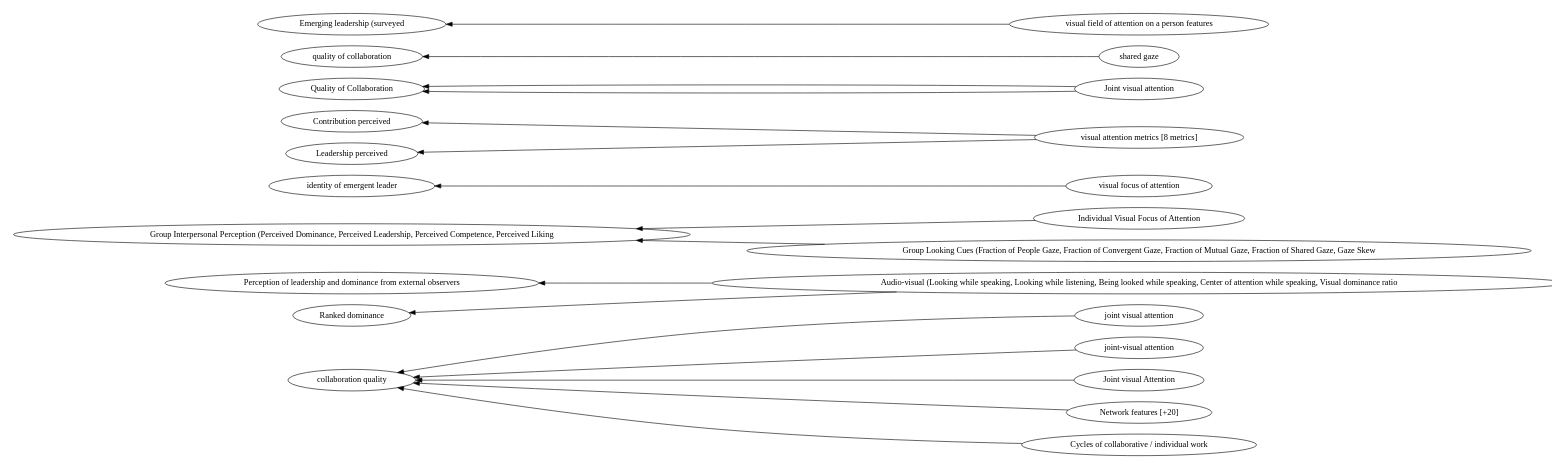
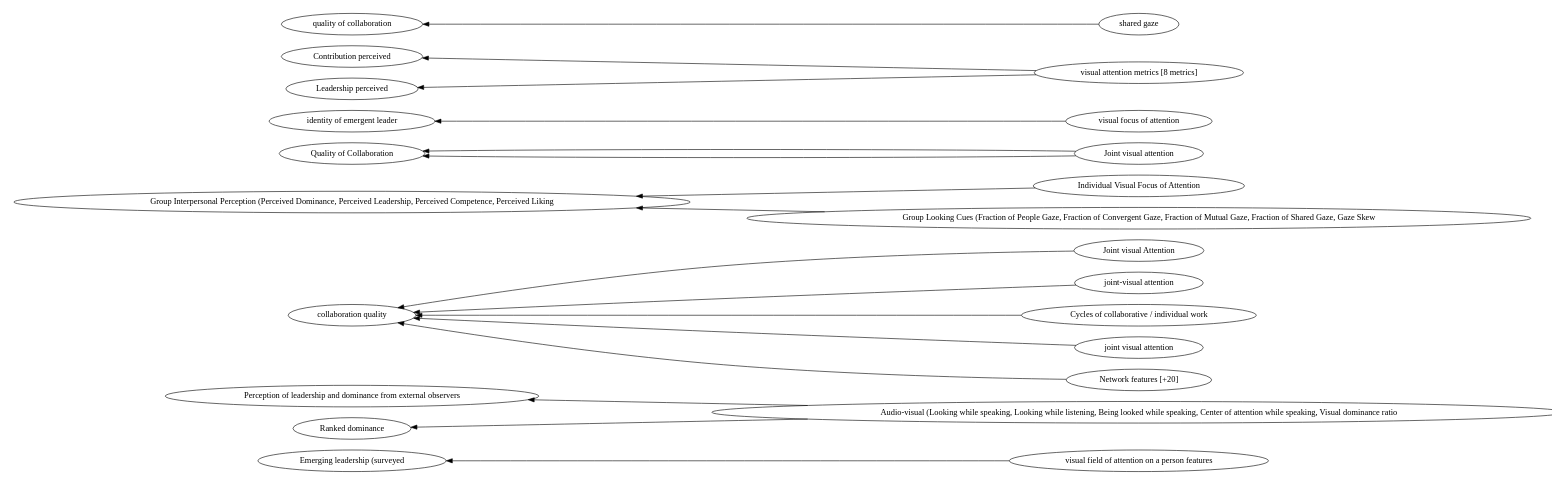
One commit to hgse-schneider/mmca changed the diagram in graphviz/Gaze -> interpersonal.gv. Above: the diagram before and after it, drawn with Graphviz. The commit also changed 174 other files, not shown here.

```diff
--- a/graphviz/Gaze -> interpersonal.gv
+++ b/graphviz/Gaze -> interpersonal.gv
@@ -1,40 +1,40 @@
 digraph Test {
 	rankdir=RL
 	size="15,15"
 	overlap=false
 	splines=true
-	{rank=same; "joint visual attention" "Audio-visual (Looking while speaking, Looking while listening, Being looked while speaking, Center of attention while speaking, Visual dominance ratio" "Individual Visual Focus of Attention" "visual focus of attention" "joint-visual attention" "visual attention metrics [8 metrics]" "Joint visual attention" "Joint visual Attention" "Network features [+20]" "Group Looking Cues (Fraction of People Gaze, Fraction of Convergent Gaze, Fraction of Mutual Gaze, Fraction of Shared Gaze, Gaze Skew" "shared gaze" "Cycles of collaborative / individual work" "visual field of attention on a person features";}
-	{rank=same; "identity of emergent leader" "Perception of leadership and dominance from external observers" "Quality of Collaboration" "Ranked dominance" "Group Interpersonal Perception (Perceived Dominance, Perceived Leadership, Perceived Competence, Perceived Liking" "Contribution perceived" "Emerging leadership (surveyed" "collaboration quality" "quality of collaboration" "Leadership perceived";}
-	"visual attention metrics [8 metrics]" [href="https://scholar.google.com/scholar?hl=en&q=An%20Interactive%20Table%20for%20Supporting%20Participation%20Balance%20in%20Face-to-Face%20Collaborative%20Learning"]
+	{rank=same; "visual field of attention on a person features" "Audio-visual (Looking while speaking, Looking while listening, Being looked while speaking, Center of attention while speaking, Visual dominance ratio" "Joint visual Attention" "joint-visual attention" "Individual Visual Focus of Attention" "Joint visual attention" "Cycles of collaborative / individual work" "visual focus of attention" "visual attention metrics [8 metrics]" "joint visual attention" "Network features [+20]" "shared gaze" "Group Looking Cues (Fraction of People Gaze, Fraction of Convergent Gaze, Fraction of Mutual Gaze, Fraction of Shared Gaze, Gaze Skew";}
+	{rank=same; "Contribution perceived" "quality of collaboration" "identity of emergent leader" "Emerging leadership (surveyed" "Perception of leadership and dominance from external observers" "Leadership perceived" "Ranked dominance" "collaboration quality" "Group Interpersonal Perception (Perceived Dominance, Perceived Leadership, Perceived Competence, Perceived Liking" "Quality of Collaboration";}
+	"visual attention metrics [8 metrics]" [href="https://scholar.google.com/scholar?hl=en&q=A%20Multimodal-Sensor-Enabled%20Room%20for%20Unobtrusive%20Group%20Meeting%20Analysis"]
 	"visual attention metrics [8 metrics]" -> "Leadership perceived"
-	"visual attention metrics [8 metrics]" [href="https://scholar.google.com/scholar?hl=en&q=An%20Interactive%20Table%20for%20Supporting%20Participation%20Balance%20in%20Face-to-Face%20Collaborative%20Learning"]
+	"visual attention metrics [8 metrics]" [href="https://scholar.google.com/scholar?hl=en&q=A%20Multimodal-Sensor-Enabled%20Room%20for%20Unobtrusive%20Group%20Meeting%20Analysis"]
 	"visual attention metrics [8 metrics]" -> "Contribution perceived"
-	"Individual Visual Focus of Attention" [href="https://scholar.google.com/scholar?hl=en&q=An%20Interactive%20Table%20for%20Supporting%20Participation%20Balance%20in%20Face-to-Face%20Collaborative%20Learning"]
+	"Individual Visual Focus of Attention" [href="https://scholar.google.com/scholar?hl=en&q=Linking%20Speaking%20and%20Looking%20Behavior%20Patterns%20with%20Group%20Composition,%20Perception,%20and%20Performance"]
 	"Individual Visual Focus of Attention" -> "Group Interpersonal Perception (Perceived Dominance, Perceived Leadership, Perceived Competence, Perceived Liking"
-	"Group Looking Cues (Fraction of People Gaze, Fraction of Convergent Gaze, Fraction of Mutual Gaze, Fraction of Shared Gaze, Gaze Skew" [href="https://scholar.google.com/scholar?hl=en&q=An%20Interactive%20Table%20for%20Supporting%20Participation%20Balance%20in%20Face-to-Face%20Collaborative%20Learning"]
+	"Group Looking Cues (Fraction of People Gaze, Fraction of Convergent Gaze, Fraction of Mutual Gaze, Fraction of Shared Gaze, Gaze Skew" [href="https://scholar.google.com/scholar?hl=en&q=Linking%20Speaking%20and%20Looking%20Behavior%20Patterns%20with%20Group%20Composition,%20Perception,%20and%20Performance"]
 	"Group Looking Cues (Fraction of People Gaze, Fraction of Convergent Gaze, Fraction of Mutual Gaze, Fraction of Shared Gaze, Gaze Skew" -> "Group Interpersonal Perception (Perceived Dominance, Perceived Leadership, Perceived Competence, Perceived Liking"
-	"Audio-visual (Looking while speaking, Looking while listening, Being looked while speaking, Center of attention while speaking, Visual dominance ratio" [href="https://scholar.google.com/scholar?hl=en&q=An%20Interactive%20Table%20for%20Supporting%20Participation%20Balance%20in%20Face-to-Face%20Collaborative%20Learning"]
+	"Audio-visual (Looking while speaking, Looking while listening, Being looked while speaking, Center of attention while speaking, Visual dominance ratio" [href="https://scholar.google.com/scholar?hl=en&q=Emergent%20leaders%20through%20looking%20and%20speaking:%20from%20audio-visual%20data%20to%20multimodal%20recognition"]
 	"Audio-visual (Looking while speaking, Looking while listening, Being looked while speaking, Center of attention while speaking, Visual dominance ratio" -> "Perception of leadership and dominance from external observers"
-	"Audio-visual (Looking while speaking, Looking while listening, Being looked while speaking, Center of attention while speaking, Visual dominance ratio" [href="https://scholar.google.com/scholar?hl=en&q=An%20Interactive%20Table%20for%20Supporting%20Participation%20Balance%20in%20Face-to-Face%20Collaborative%20Learning"]
+	"Audio-visual (Looking while speaking, Looking while listening, Being looked while speaking, Center of attention while speaking, Visual dominance ratio" [href="https://scholar.google.com/scholar?hl=en&q=Emergent%20leaders%20through%20looking%20and%20speaking:%20from%20audio-visual%20data%20to%20multimodal%20recognition"]
 	"Audio-visual (Looking while speaking, Looking while listening, Being looked while speaking, Center of attention while speaking, Visual dominance ratio" -> "Ranked dominance"
-	"visual focus of attention" [href="https://scholar.google.com/scholar?hl=en&q=An%20Interactive%20Table%20for%20Supporting%20Participation%20Balance%20in%20Face-to-Face%20Collaborative%20Learning"]
+	"visual focus of attention" [href="https://scholar.google.com/scholar?hl=en&q=Real-time%20mutual%20gaze%20perception"]
 	"visual focus of attention" -> "identity of emergent leader"
-	"visual field of attention on a person features" [href="https://scholar.google.com/scholar?hl=en&q=An%20Interactive%20Table%20for%20Supporting%20Participation%20Balance%20in%20Face-to-Face%20Collaborative%20Learning"]
+	"visual field of attention on a person features" [href="https://scholar.google.com/scholar?hl=en&q=Detecting%20Emergent%20Leader%20in%20a%20Meeting%20Environment"]
 	"visual field of attention on a person features" -> "Emerging leadership (surveyed"
-	"Joint visual attention" [href="https://scholar.google.com/scholar?hl=en&q=An%20Interactive%20Table%20for%20Supporting%20Participation%20Balance%20in%20Face-to-Face%20Collaborative%20Learning"]
+	"Joint visual attention" [href="https://scholar.google.com/scholar?hl=en&q=Using%20Eye-Tracking%20Technology%20to%20Support%20Visual%20Coordination%20in%20Collaborative%20Problem-Solving%20Groups"]
 	"Joint visual attention" -> "Quality of Collaboration"
-	"Joint visual attention" [href="https://scholar.google.com/scholar?hl=en&q=An%20Interactive%20Table%20for%20Supporting%20Participation%20Balance%20in%20Face-to-Face%20Collaborative%20Learning"]
+	"Joint visual attention" [href="https://scholar.google.com/scholar?hl=en&q=The%20Effect%20of%20Mutual%20Gaze%20Perception%20on%20Students’%20Verbal%20Coordination"]
 	"Joint visual attention" -> "Quality of Collaboration"
-	"Joint visual Attention" [href="https://scholar.google.com/scholar?hl=en&q=An%20Interactive%20Table%20for%20Supporting%20Participation%20Balance%20in%20Face-to-Face%20Collaborative%20Learning"]
+	"Joint visual Attention" [href="https://scholar.google.com/scholar?hl=en&q=Leveraging%20Mobile%20Eye-Trackers%20to%20Capture%20Joint%20Visual%20Attention%20in%20Co-Located%20Collaborative%20Learning"]
 	"Joint visual Attention" -> "collaboration quality"
-	"Cycles of collaborative / individual work" [href="https://scholar.google.com/scholar?hl=en&q=An%20Interactive%20Table%20for%20Supporting%20Participation%20Balance%20in%20Face-to-Face%20Collaborative%20Learning"]
+	"Cycles of collaborative / individual work" [href="https://scholar.google.com/scholar?hl=en&q=Leveraging%20Mobile%20Eye-Trackers%20to%20Capture%20Joint%20Visual%20Attention%20in%20Co-Located%20Collaborative%20Learning"]
 	"Cycles of collaborative / individual work" -> "collaboration quality"
-	"Network features [+20]" [href="https://scholar.google.com/scholar?hl=en&q=An%20Interactive%20Table%20for%20Supporting%20Participation%20Balance%20in%20Face-to-Face%20Collaborative%20Learning"]
+	"Network features [+20]" [href="https://scholar.google.com/scholar?hl=en&q=Toward%20Collaboration%20Sensing"]
 	"Network features [+20]" -> "collaboration quality"
-	"joint-visual attention" [href="https://scholar.google.com/scholar?hl=en&q=An%20Interactive%20Table%20for%20Supporting%20Participation%20Balance%20in%20Face-to-Face%20Collaborative%20Learning"]
+	"joint-visual attention" [href="https://scholar.google.com/scholar?hl=en&q=Unpacking%20Collaborative%20Learning%20Processes%20during%20Hands-on%20Activities%20using%20Mobile%20Eye-Trackers"]
 	"joint-visual attention" -> "collaboration quality"
-	"joint visual attention" [href="https://scholar.google.com/scholar?hl=en&q=An%20Interactive%20Table%20for%20Supporting%20Participation%20Balance%20in%20Face-to-Face%20Collaborative%20Learning"]
+	"joint visual attention" [href="https://scholar.google.com/scholar?hl=en&q=3D%20Tangibles%20Facilitate%20Joint%20Visual%20Attention%20in%20Dyads"]
 	"joint visual attention" -> "collaboration quality"
-	"shared gaze" [href="https://scholar.google.com/scholar?hl=en&q=An%20Interactive%20Table%20for%20Supporting%20Participation%20Balance%20in%20Face-to-Face%20Collaborative%20Learning"]
+	"shared gaze" [href="https://scholar.google.com/scholar?hl=en&q=Effects%20of%20Shared%20Gaze%20on%20Audio-%20Versus%20Text-Based%20Remote%20Collaborations"]
 	"shared gaze" -> "quality of collaboration"
 }
```
